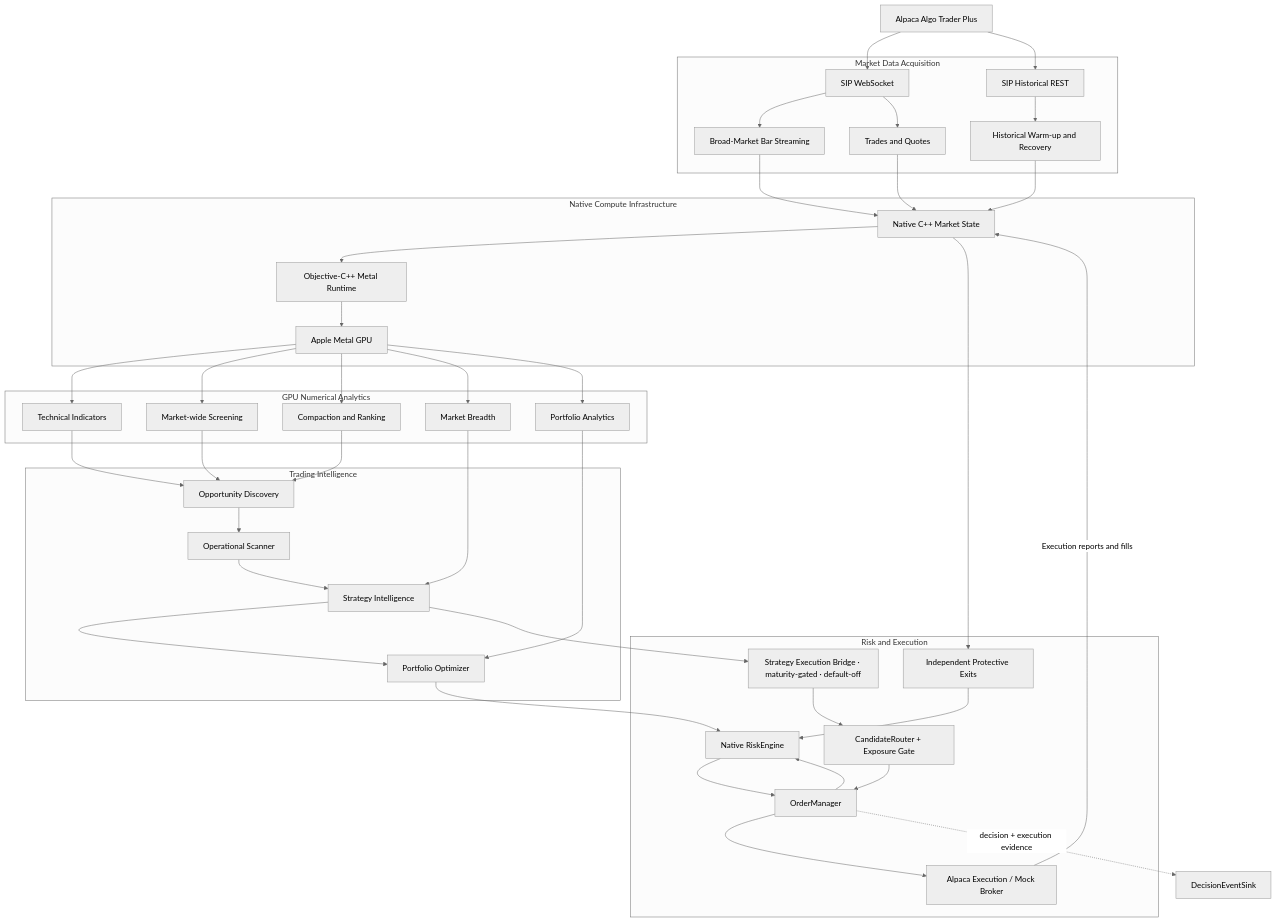
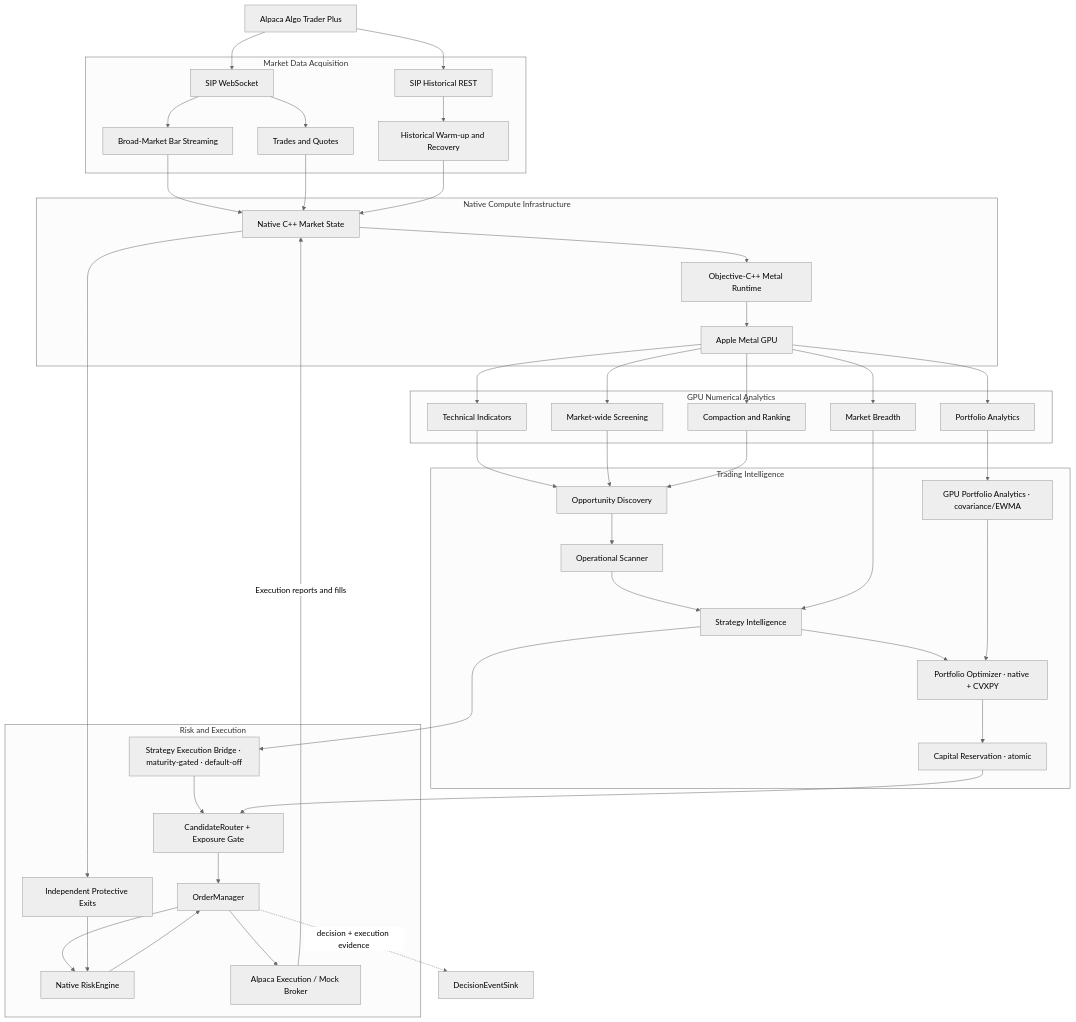
One commit to blkpvnthr/C-Engine changed the first of 14 diagrams in README.md. Above: the diagram before and after it, drawn with Mermaid (neutral theme). The commit also changed other lines of this file and 30 other files, not shown here.

```diff
--- a/README.md
+++ b/README.md
@@ -73,17 +73,21 @@
         O[Opportunity Discovery]
         P[Operational Scanner]
         Q[Strategy Intelligence]
-        R[Portfolio Optimizer]
+        PA[GPU Portfolio Analytics · covariance/EWMA]
+        R[Portfolio Optimizer · native + CVXPY]
+        CR[Capital Reservation · atomic]
         O --> P
         P --> Q
         Q --> R
+        PA --> R
+        R --> CR
     end
 
     J --> O
     K --> O
     L --> O
     M --> Q
-    N --> R
+    N --> PA
 
     subgraph Execution[Risk and Execution]
         W[Strategy Execution Bridge · maturity-gated · default-off]
@@ -99,7 +103,7 @@
         U --> V
     end
 
-    R --> S
+    CR --> X
     Q --> W
     G --> T
     V -->|Execution reports and fills| G
```
